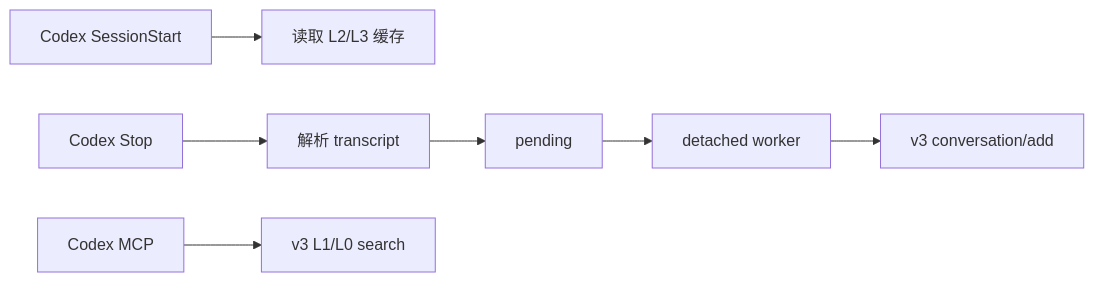
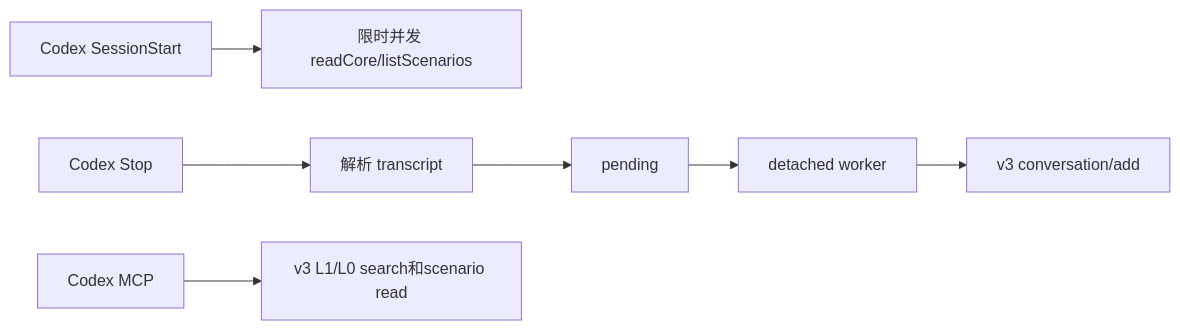
The diagram in docs/codex-cli-server-team/prd.md (TencentCloud/TencentDB-Agent-Memory), drawn with Mermaid before and after one commit. The commit also changed other lines of this file and 3 other files, not shown here.

````diff
--- a/docs/codex-cli-server-team/prd.md
+++ b/docs/codex-cli-server-team/prd.md
@@ -53,9 +53,9 @@
 ```mermaid
 flowchart LR
-  A[Codex SessionStart] --> B[读取 L2/L3 缓存]
+  A[Codex SessionStart] --> B[限时并发 readCore/listScenarios]
   C[Codex Stop] --> D[解析 transcript]
   D --> E[pending]
   E --> F[detached worker]
   F --> G[v3 conversation/add]
-  H[Codex MCP] --> I[v3 L1/L0 search]
+  H[Codex MCP] --> I[v3 L1/L0 search和scenario read]
 ```
````
